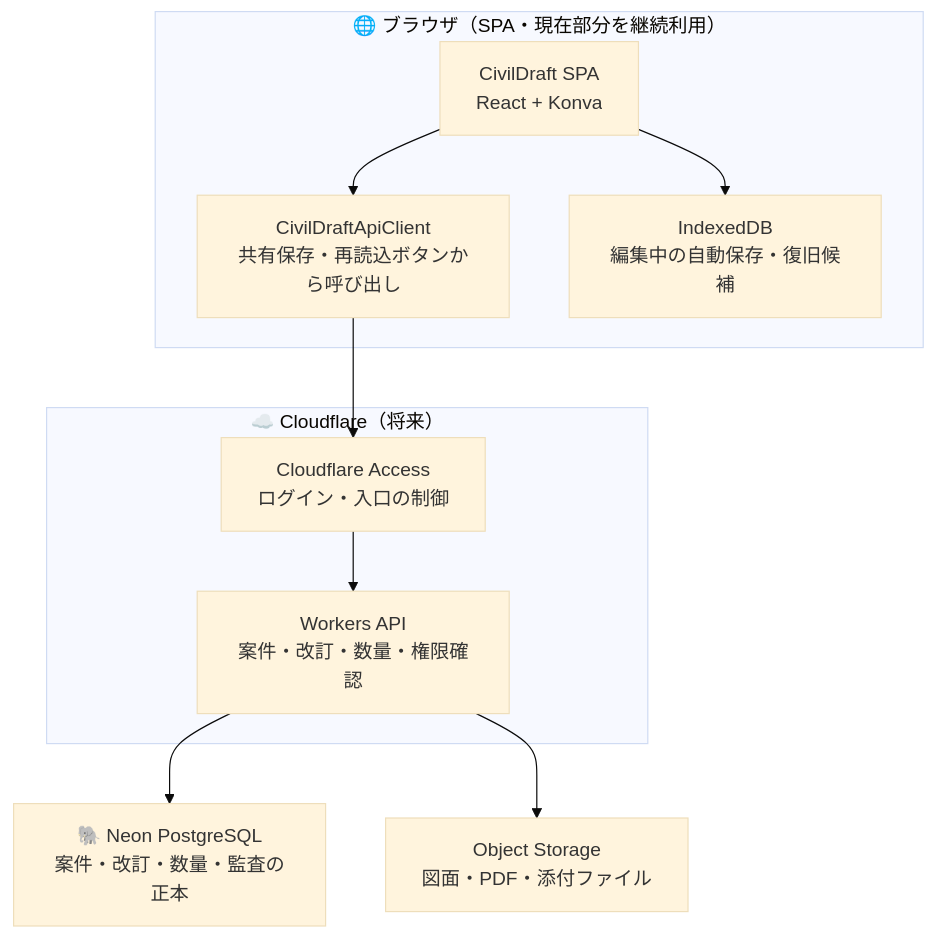
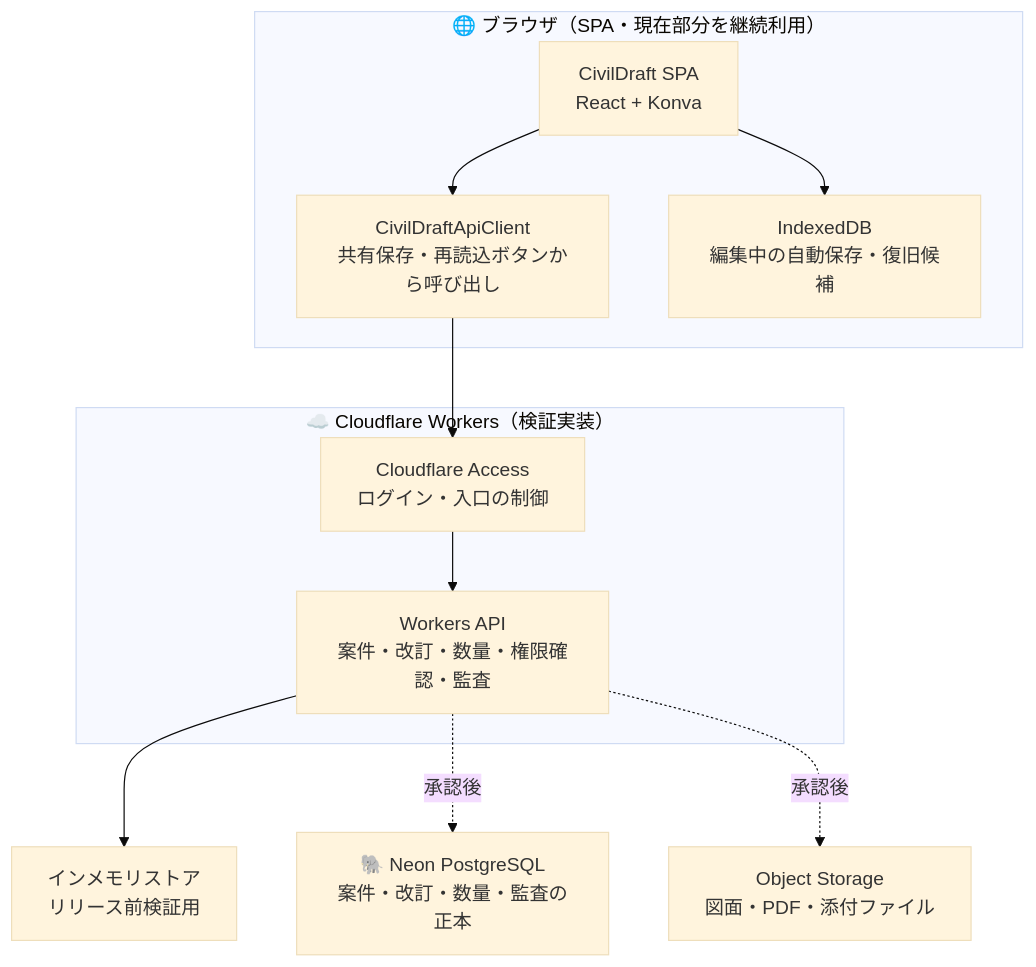
The second of 8 diagrams in docs/architecture/overview.md (Kensan196948G/CivilDraft-Web-CAD), drawn with Mermaid (base theme) before and after one commit. The commit also changed other lines of this file and 50 other files, not shown here.

````diff
--- a/docs/architecture/overview.md
+++ b/docs/architecture/overview.md
@@ -47,20 +52,22 @@
 ```mermaid
 graph TB
     subgraph CLIENT["🌐 ブラウザ（SPA・現在部分を継続利用）"]
         SPA["CivilDraft SPA<br>React + Konva"]
         CLIENT_API["CivilDraftApiClient<br>共有保存・再読込ボタンから呼び出し"]
         IDB["IndexedDB<br>編集中の自動保存・復旧候補"]
         SPA --> IDB
         SPA --> CLIENT_API
     end
-    subgraph EDGE["☁️ Cloudflare（将来）"]
+    subgraph EDGE["☁️ Cloudflare Workers（検証実装）"]
         ACCESS["Cloudflare Access<br>ログイン・入口の制御"]
-        WORKERS["Workers API<br>案件・改訂・数量・権限確認"]
+        WORKERS["Workers API<br>案件・改訂・数量・権限確認・監査"]
     end
+    MEMORY["インメモリストア<br>リリース前検証用"]
     NEON["🐘 Neon PostgreSQL<br>案件・改訂・数量・監査の正本"]
     OBJ["Object Storage<br>図面・PDF・添付ファイル"]
     CLIENT_API --> ACCESS
     ACCESS --> WORKERS
-    WORKERS --> NEON
-    WORKERS --> OBJ
+    WORKERS --> MEMORY
+    WORKERS -.承認後.-> NEON
+    WORKERS -.承認後.-> OBJ
 ```
````
